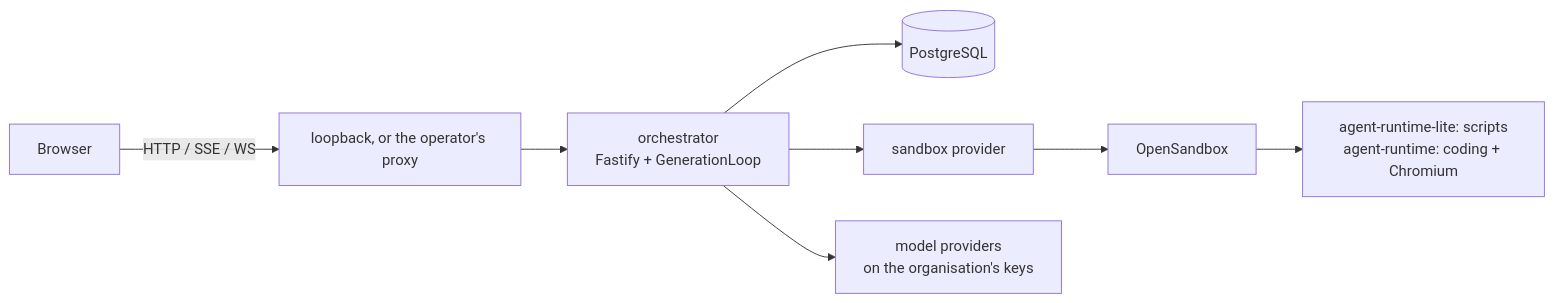
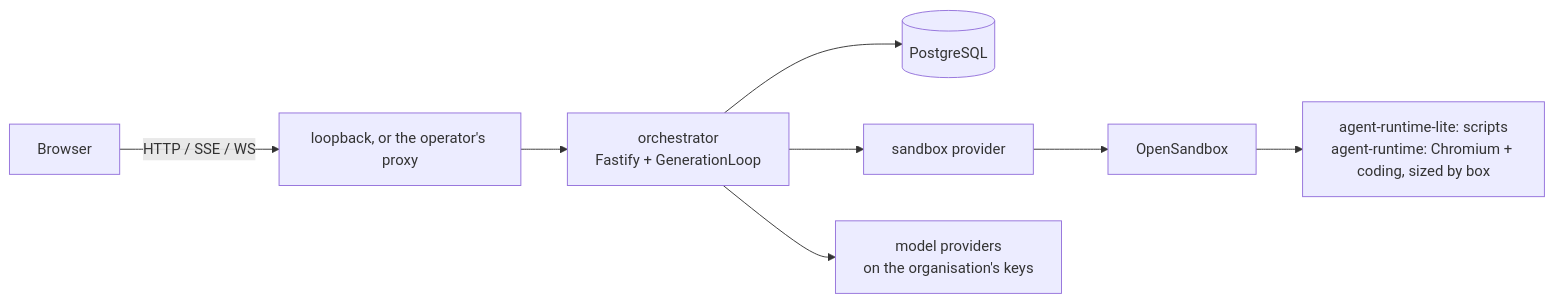
Before and after one commit to CigaleAI/guilds: the first of 4 diagrams in docs/architecture/code-map.md, drawn with Mermaid. The commit also changed other lines of this file and 67 other files, not shown here.

````diff
--- a/docs/architecture/code-map.md
+++ b/docs/architecture/code-map.md
@@ -14,10 +14,10 @@
 ```mermaid
 flowchart LR
   Browser["Browser"] -->|HTTP / SSE / WS| Ingress["loopback, or the operator's proxy"]
   Ingress --> Orch["orchestrator<br/>Fastify + GenerationLoop"]
   Orch --> PG[(PostgreSQL)]
   Orch --> Place["sandbox provider"]
   Place --> OS[OpenSandbox]
   Orch --> LLM[model providers<br/>on the organisation's keys]
-  OS --> Docker["agent-runtime-lite: scripts<br/>agent-runtime: coding + Chromium"]
+  OS --> Docker["agent-runtime-lite: scripts<br/>agent-runtime: Chromium + coding, sized by box"]
 ```
````
